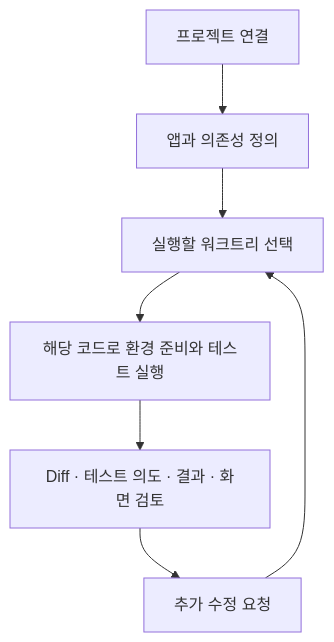
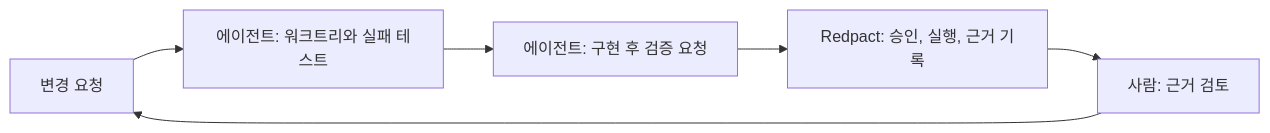
The diagram in docs/index.ko.md (wo658/redpact), drawn with Mermaid before and after one commit. The commit also changed other lines of this file and 181 other files, not shown here.

````diff
--- a/docs/index.ko.md
+++ b/docs/index.ko.md
@@ -14,9 +15,8 @@
 ```mermaid
-flowchart TD
-    P["프로젝트 연결"] --> D["앱과 의존성 정의"]
-    D --> W["실행할 워크트리 선택"]
-    W --> E["해당 코드로 환경 준비와 테스트 실행"]
-    E --> R["Diff · 테스트 의도 · 결과 · 화면 검토"]
-    R --> F["추가 수정 요청"]
-    F --> W
+flowchart LR
+    A["변경 요청"] --> W["에이전트: 워크트리와 실패 테스트"]
+    W --> I["에이전트: 구현 후 검증 요청"]
+    I --> X["Redpact: 승인, 실행, 근거 기록"]
+    X --> R["사람: 근거 검토"]
+    R --> A
 ```
````
